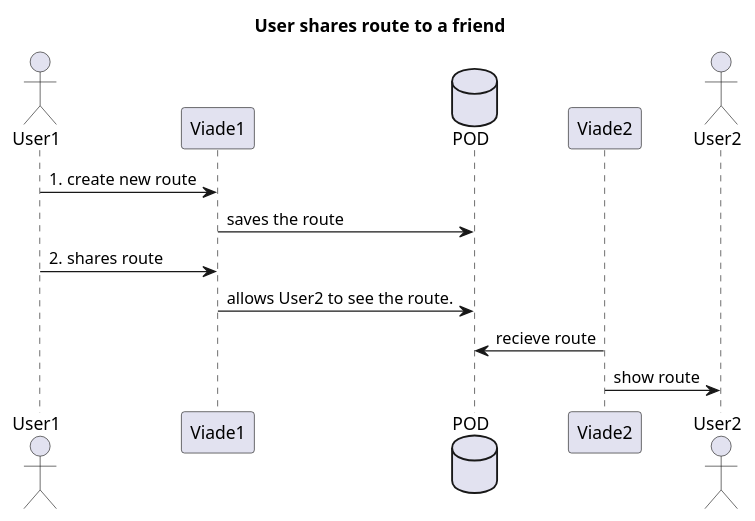
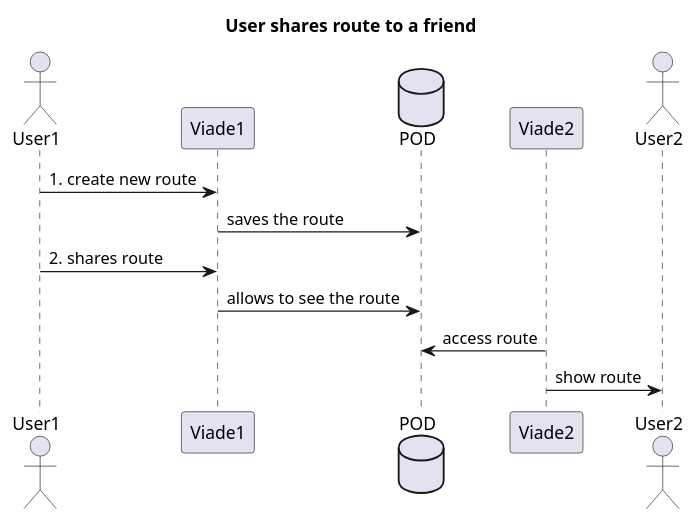
Before and after one commit to flecktarn121/viade_es2c: the third of 4 diagrams in src/docs/06_runtime_view.adoc, drawn with PlantUML. The commit also changed other lines of this file, not shown here.

Commit message:
Diagram groupal corrected
I have updated diagrams

```diff
--- a/src/docs/06_runtime_view.adoc
+++ b/src/docs/06_runtime_view.adoc
@@ -68,15 +68,15 @@
 [plantuml,"Routes share 1 secuence diagram",png]
 ----
 title User shares route to a friend
 actor User1
 participant Viade1
 database POD
 participant Viade2
 actor User2
 User1 -> Viade1: 1. create new route
 Viade1 -> POD: saves the route
 User1 -> Viade1: 2. shares route
-Viade1 -> POD: allows User2 to see the route.
-Viade2 -> POD: recieve route
+Viade1 -> POD: allows to see the route
+Viade2 -> POD: access route
 Viade2 -> User2: show route
 ----
```
